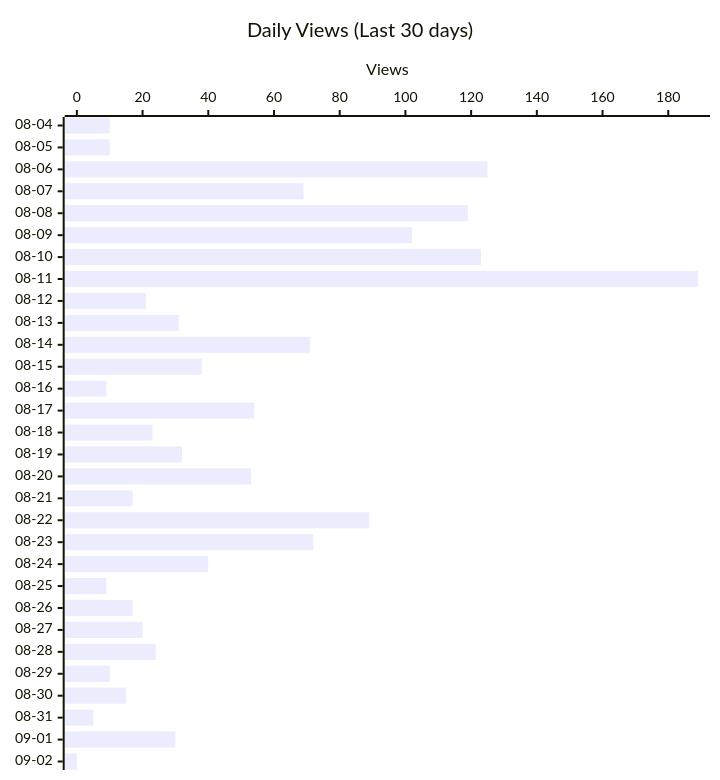
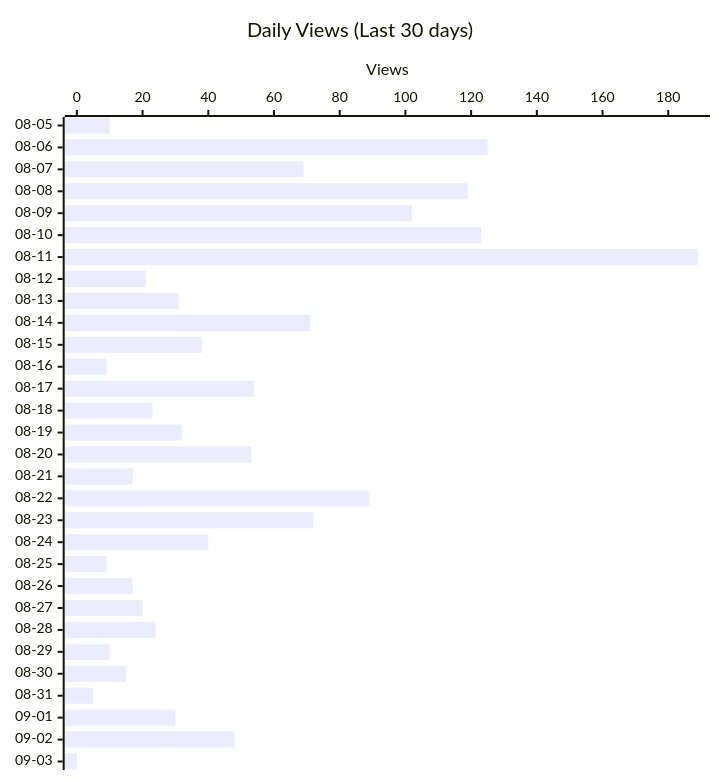
The second of 4 diagrams in README.md (shigechika/github-insights), drawn with Mermaid before and after one commit. The commit also changed other lines of this file and 2 other files, not shown here.

````diff
--- a/README.md
+++ b/README.md
@@ -28,12 +28,12 @@
 ```mermaid
 ---
 config:
   xyChart:
     height: 760
 ---
 xychart-beta horizontal
     title "Daily Views (Last 30 days)"
-    x-axis ["08-04", "08-05", "08-06", "08-07", "08-08", "08-09", "08-10", "08-11", "08-12", "08-13", "08-14", "08-15", "08-16", "08-17", "08-18", "08-19", "08-20", "08-21", "08-22", "08-23", "08-24", "08-25", "08-26", "08-27", "08-28", "08-29", "08-30", "08-31", "09-01", "09-02"]
+    x-axis ["08-05", "08-06", "08-07", "08-08", "08-09", "08-10", "08-11", "08-12", "08-13", "08-14", "08-15", "08-16", "08-17", "08-18", "08-19", "08-20", "08-21", "08-22", "08-23", "08-24", "08-25", "08-26", "08-27", "08-28", "08-29", "08-30", "08-31", "09-01", "09-02", "09-03"]
     y-axis "Views"
-    bar [10, 10, 125, 69, 119, 102, 123, 189, 21, 31, 71, 38, 9, 54, 23, 32, 53, 17, 89, 72, 40, 9, 17, 20, 24, 10, 15, 5, 30, 0]
+    bar [10, 125, 69, 119, 102, 123, 189, 21, 31, 71, 38, 9, 54, 23, 32, 53, 17, 89, 72, 40, 9, 17, 20, 24, 10, 15, 5, 30, 48, 0]
 ```
````
